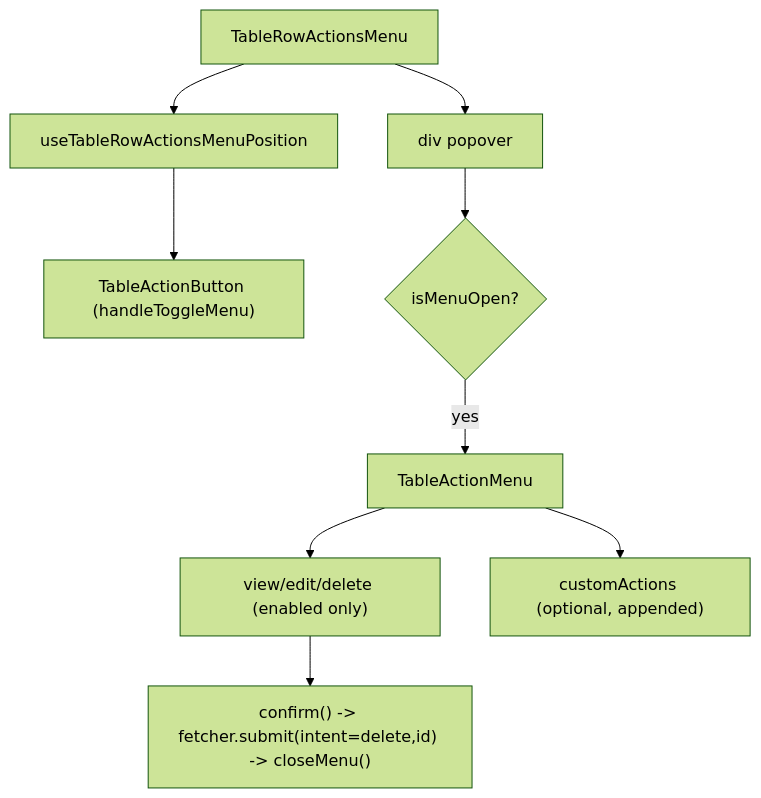
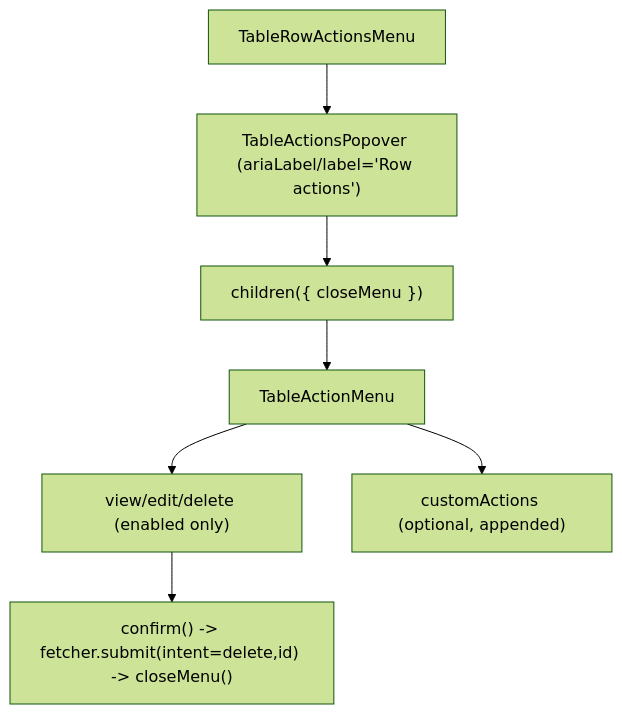
The diagram in packages/ui/src/components/Table/TableRowActionsMenu/ARCHITECTURE.md (luciocabrera/lcabrera-stack), drawn with Mermaid (forest theme) before and after one commit. The commit also changed other lines of this file and 92 other files, not shown here.

````diff
--- a/packages/ui/src/components/Table/TableRowActionsMenu/ARCHITECTURE.md
+++ b/packages/ui/src/components/Table/TableRowActionsMenu/ARCHITECTURE.md
@@ -37,11 +31,9 @@
 ```mermaid
 graph TD
-  Menu["TableRowActionsMenu"] --> Hook["useTableRowActionsMenuPosition"]
-  Hook --> Trigger["TableActionButton (handleToggleMenu)"]
-  Menu --> Popover["div popover"]
-  Popover --> OpenCheck{"isMenuOpen?"}
-  OpenCheck -->|yes| ActionMenu["TableActionMenu"]
+  Menu["TableRowActionsMenu"] --> Popover["TableActionsPopover (ariaLabel/label='Row actions')"]
+  Popover --> Children["children({ closeMenu })"]
+  Children --> ActionMenu["TableActionMenu"]
   ActionMenu --> BuiltIn["view/edit/delete (enabled only)"]
   ActionMenu --> Custom["customActions (optional, appended)"]
   BuiltIn --> Delete["confirm() -> fetcher.submit(intent=delete,id) -> closeMenu()"]
 ```
````
